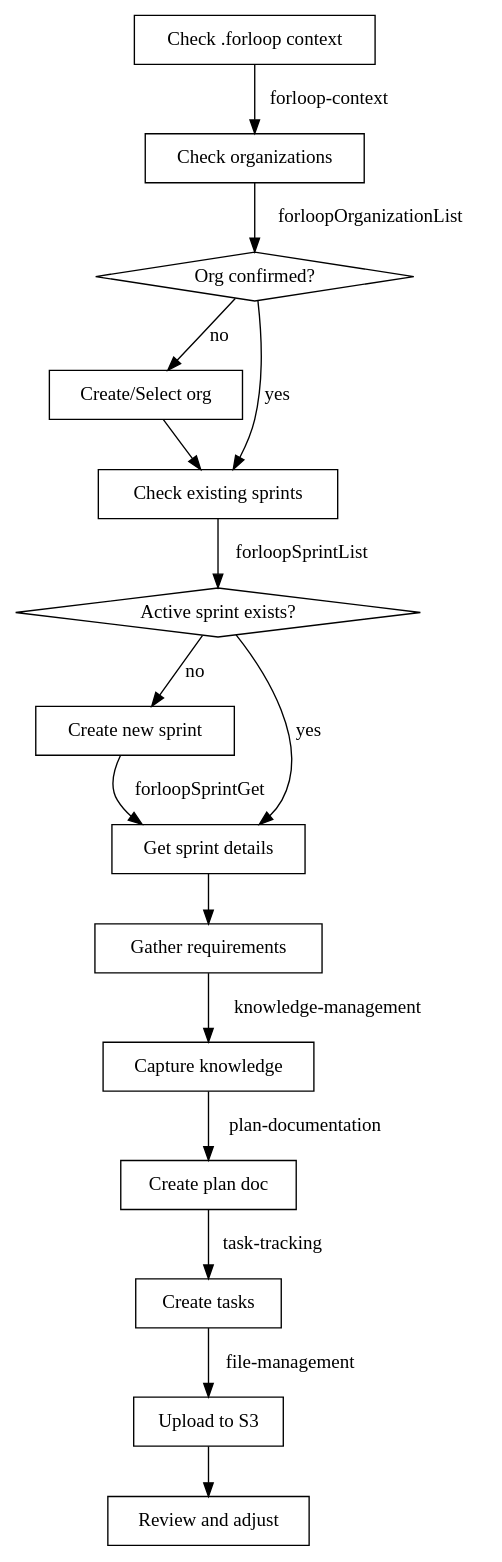
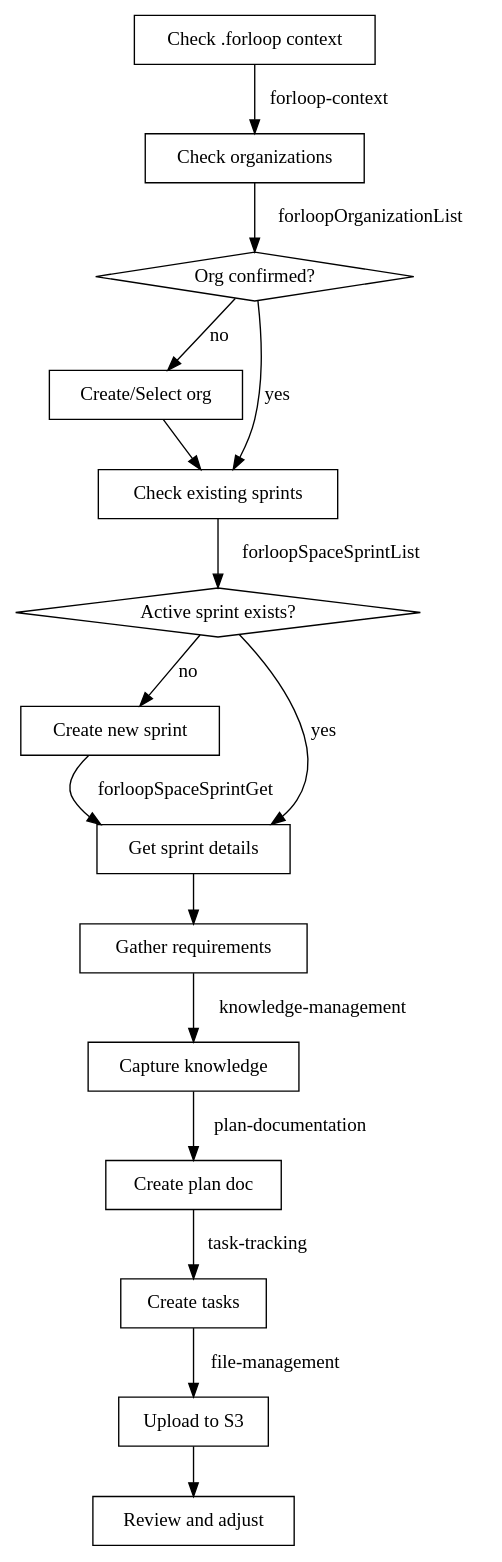
Before and after one commit to forloop-cc/forloop-agents-skills: the diagram in skills/sprint-planning/SKILL.md, drawn with Graphviz. The commit also changed other lines of this file and 18 other files, not shown here.

````diff
--- a/skills/sprint-planning/SKILL.md
+++ b/skills/sprint-planning/SKILL.md
@@ -58,34 +58,34 @@
 ```dot
 digraph sprint_planning {
     "Check .forloop context" [shape=box];
     "Check organizations" [shape=box];
     "Org confirmed?" [shape=diamond];
     "Create/Select org" [shape=box];
     "Check existing sprints" [shape=box];
     "Active sprint exists?" [shape=diamond];
     "Create new sprint" [shape=box];
     "Get sprint details" [shape=box];
     "Gather requirements" [shape=box];
     "Capture knowledge" [shape=box];
     "Create plan doc" [shape=box];
     "Create tasks" [shape=box];
     "Upload to S3" [shape=box];
     "Review and adjust" [shape=box];
 
     "Check .forloop context" -> "Check organizations" [label="forloop-context"];
     "Check organizations" -> "Org confirmed?" [label="forloopOrganizationList"];
     "Org confirmed?" -> "Check existing sprints" [label="yes"];
     "Org confirmed?" -> "Create/Select org" [label="no"];
     "Create/Select org" -> "Check existing sprints";
-    "Check existing sprints" -> "Active sprint exists?" [label="forloopSprintList"];
+    "Check existing sprints" -> "Active sprint exists?" [label="forloopSpaceSprintList"];
     "Active sprint exists?" -> "Get sprint details" [label="yes"];
     "Active sprint exists?" -> "Create new sprint" [label="no"];
-    "Create new sprint" -> "Get sprint details" [label="forloopSprintGet"];
+    "Create new sprint" -> "Get sprint details" [label="forloopSpaceSprintGet"];
     "Get sprint details" -> "Gather requirements";
     "Gather requirements" -> "Capture knowledge" [label="knowledge-management"];
     "Capture knowledge" -> "Create plan doc" [label="plan-documentation"];
     "Create plan doc" -> "Create tasks" [label="task-tracking"];
     "Create tasks" -> "Upload to S3" [label="file-management"];
     "Upload to S3" -> "Review and adjust";
 }
 ```
````
